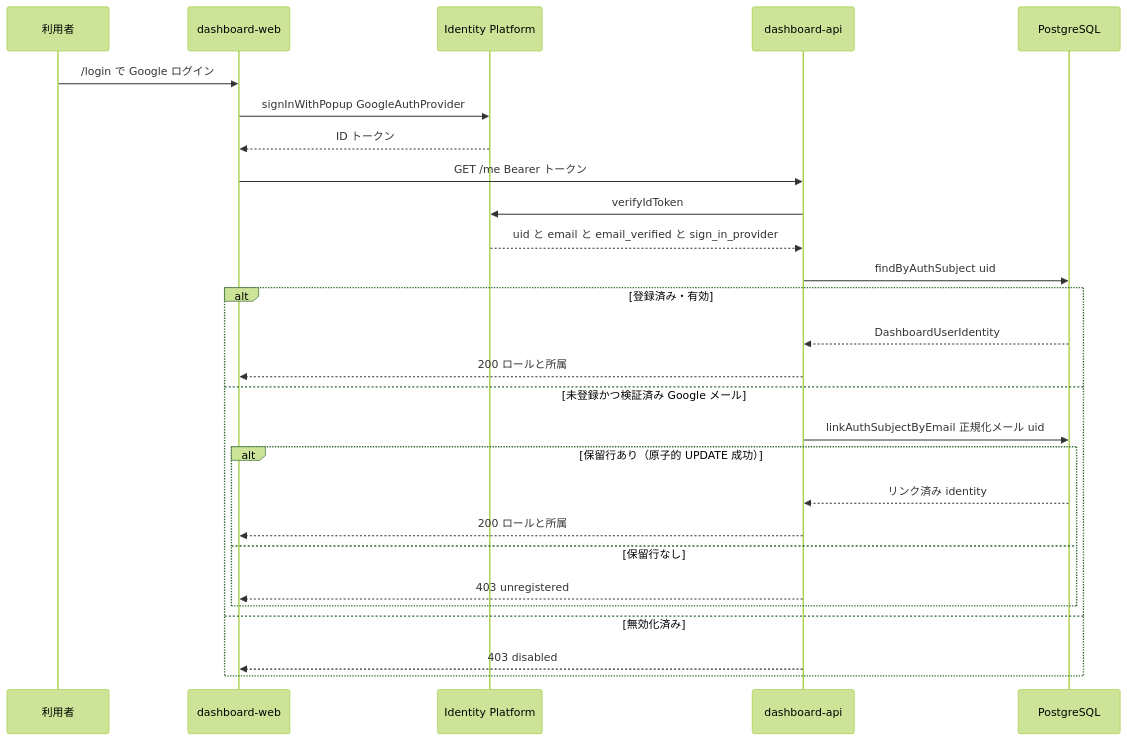
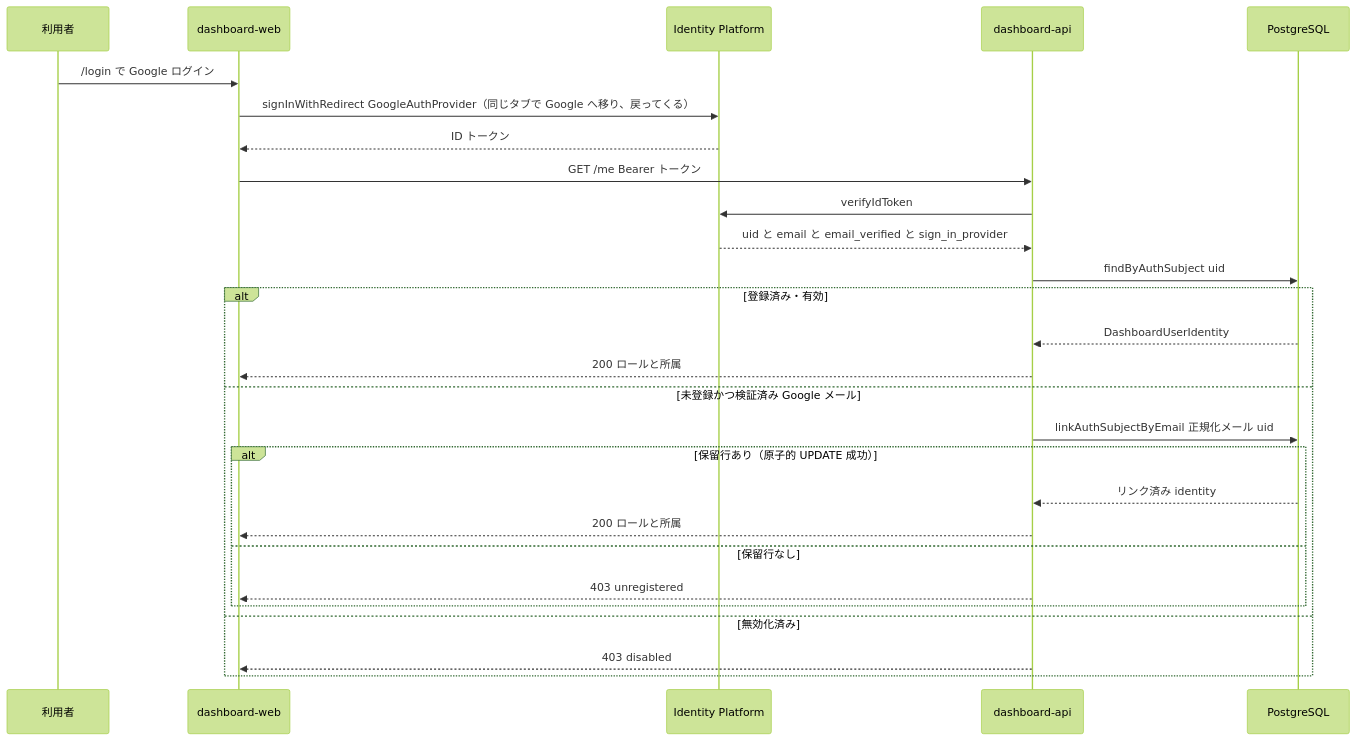
The second of 3 diagrams in .kiro/specs/agency-dashboard/design.md (ManatoYamashita/fw-line-meo), drawn with Mermaid (forest theme) before and after one commit. The commit also changed other lines of this file and 9 other files, not shown here.

````diff
--- a/.kiro/specs/agency-dashboard/design.md
+++ b/.kiro/specs/agency-dashboard/design.md
@@ -202,30 +202,30 @@
 ```mermaid
 sequenceDiagram
     participant U as 利用者
     participant W as dashboard-web
     participant F as Identity Platform
     participant A as dashboard-api
     participant D as PostgreSQL
 
     U->>W: /login で Google ログイン
-    W->>F: signInWithPopup GoogleAuthProvider
+    W->>F: signInWithRedirect GoogleAuthProvider（同じタブで Google へ移り、戻ってくる）
     F-->>W: ID トークン
     W->>A: GET /me Bearer トークン
     A->>F: verifyIdToken
     F-->>A: uid と email と email_verified と sign_in_provider
     A->>D: findByAuthSubject uid
     alt 登録済み・有効
         D-->>A: DashboardUserIdentity
         A-->>W: 200 ロールと所属
     else 未登録かつ検証済み Google メール
         A->>D: linkAuthSubjectByEmail 正規化メール uid
         alt 保留行あり（原子的 UPDATE 成功）
             D-->>A: リンク済み identity
             A-->>W: 200 ロールと所属
         else 保留行なし
             A-->>W: 403 unregistered
         end
     else 無効化済み
         A-->>W: 403 disabled
     end
 ```
````
